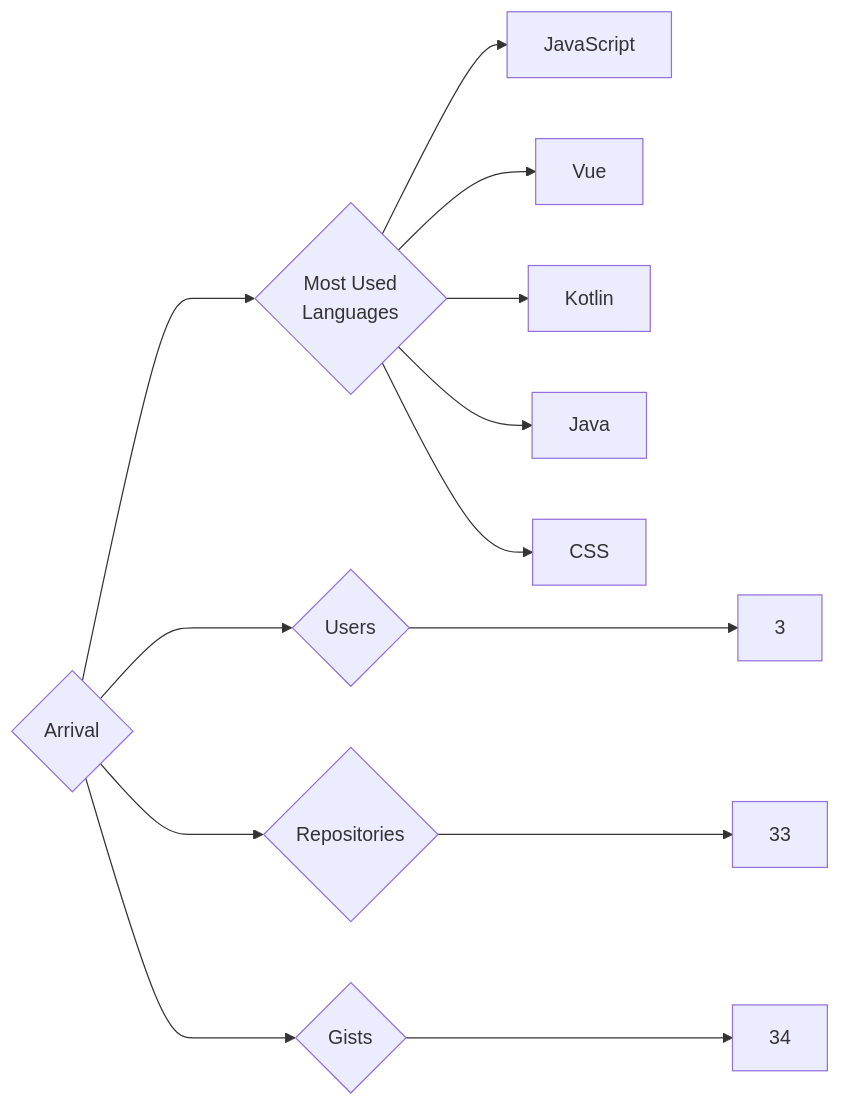
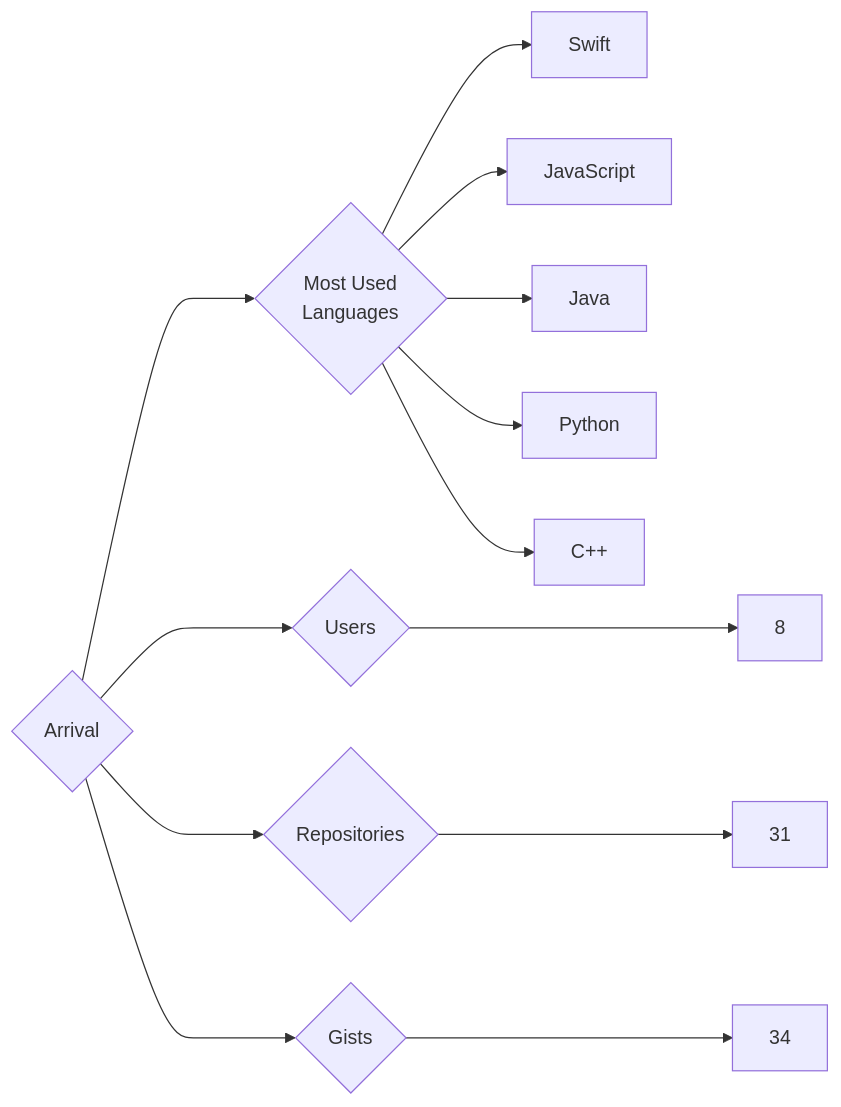
One commit to trickest/insiders changed the diagram in targets/Arrival/README.md. Above: the diagram before and after it, drawn with Mermaid. The commit also changed 1167 other files, not shown here.

````diff
--- a/targets/Arrival/README.md
+++ b/targets/Arrival/README.md
@@ -3,13 +3,13 @@
 ```mermaid
 graph LR
 COMPANY_NAME{Arrival}
-COMPANY_NAME ---> U{Users} ---> UN[3]
-COMPANY_NAME ---> R{Repositories} ---> RN[33]
+COMPANY_NAME ---> U{Users} ---> UN[8]
+COMPANY_NAME ---> R{Repositories} ---> RN[31]
 COMPANY_NAME ---> G{Gists} ---> GN[34]
 COMPANY_NAME ---> ML{Most Used<br>Languages}
+ML --> Swift[Swift]
 ML --> JavaScript[JavaScript]
-ML --> Vue[Vue]
-ML --> Kotlin[Kotlin]
 ML --> Java[Java]
-ML --> CSS[CSS]
+ML --> Python[Python]
+ML --> C++[C++]
 ```
````
